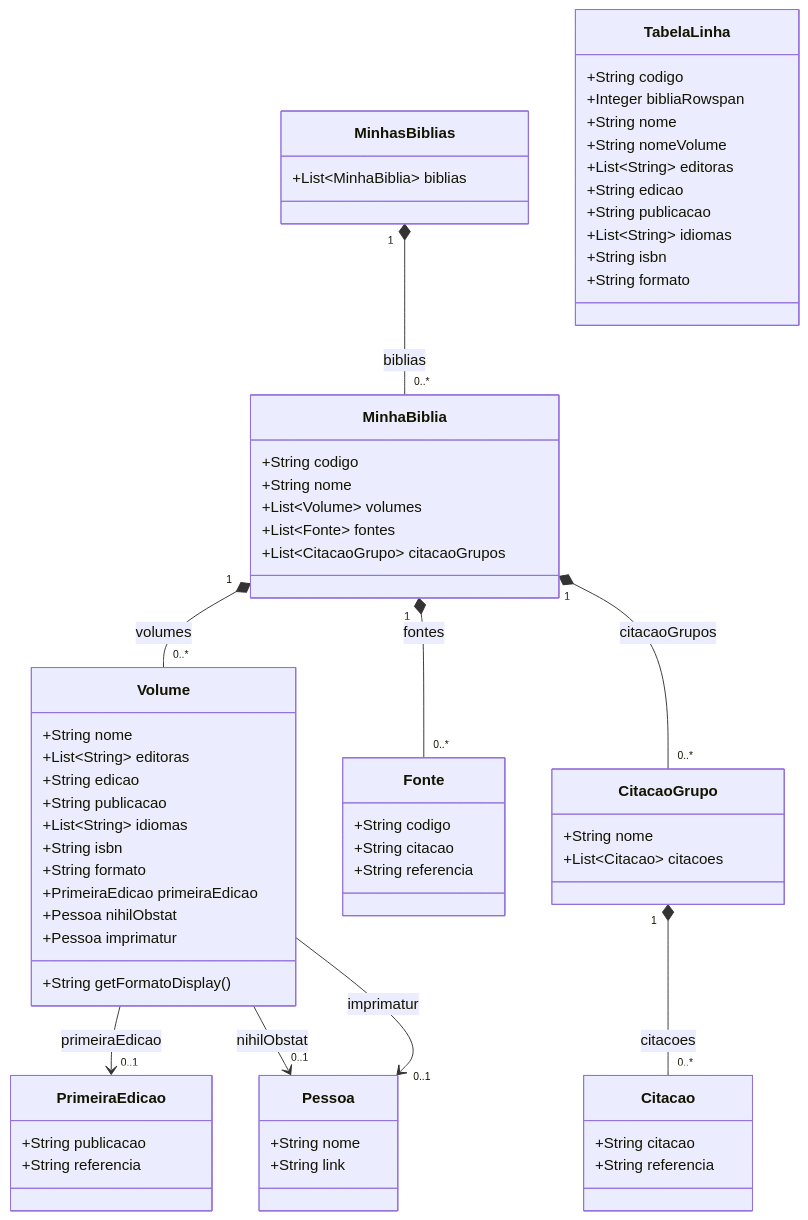
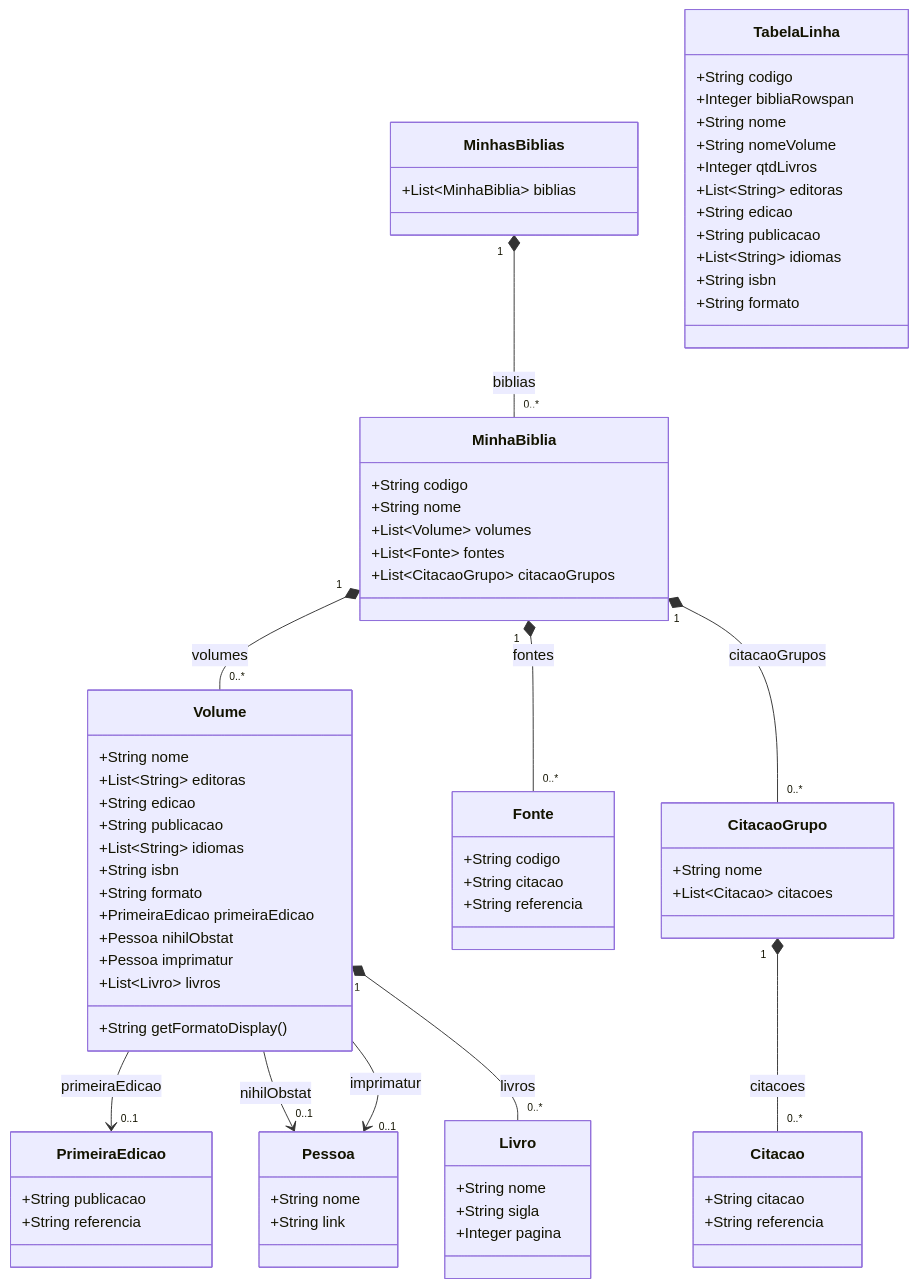
One commit to zcla/baudoze changed the diagram in src/main/java/zcla71/baudoze/estudos/biblia/minhas/dto/diagramaDeClasses.md. Above: the diagram before and after it, drawn with Mermaid. The commit also changed 8 other files, not shown here.

Commit message:
minhasBiblias: volume.livros

````diff
--- a/src/main/java/zcla71/baudoze/estudos/biblia/minhas/dto/diagramaDeClasses.md
+++ b/src/main/java/zcla71/baudoze/estudos/biblia/minhas/dto/diagramaDeClasses.md
@@ -23,6 +23,7 @@
         +PrimeiraEdicao primeiraEdicao
         +Pessoa nihilObstat
         +Pessoa imprimatur
+        +List~Livro~ livros
         +String getFormatoDisplay()
     }
 
@@ -52,11 +53,18 @@
         +String link
     }
 
+    class Livro {
+        +String nome
+        +String sigla
+        +Integer pagina
+    }
+
     class TabelaLinha {
         +String codigo
         +Integer bibliaRowspan
         +String nome
         +String nomeVolume
+        +Integer qtdLivros
         +List~String~ editoras
         +String edicao
         +String publicacao
@@ -73,4 +81,5 @@
     Volume --> "0..1" PrimeiraEdicao : primeiraEdicao
     Volume --> "0..1" Pessoa : nihilObstat
     Volume --> "0..1" Pessoa : imprimatur
+    Volume "1" *-- "0..*" Livro : livros
 ```
````
